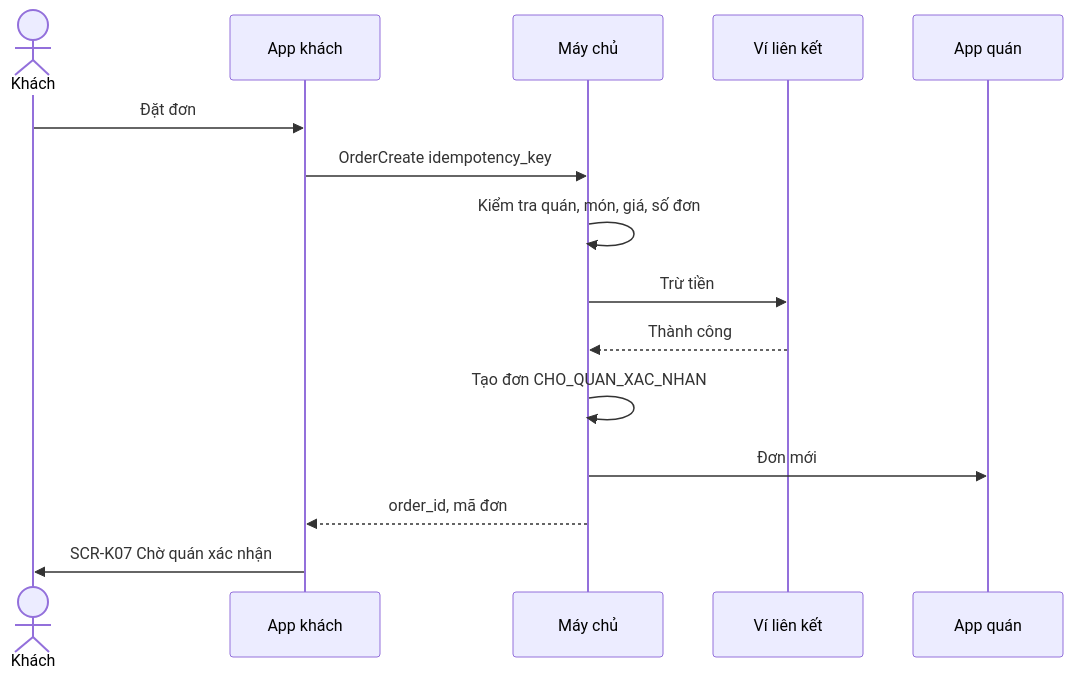
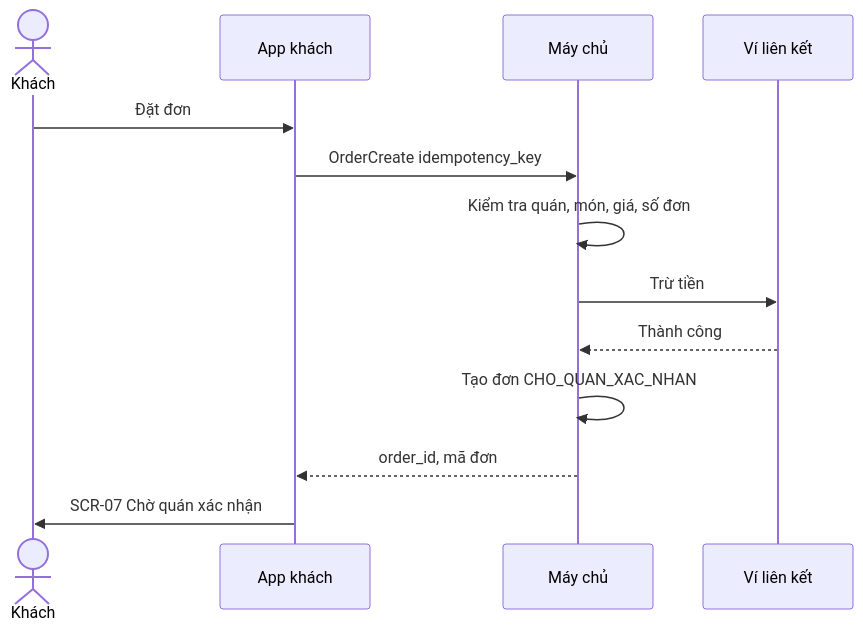
Diagram 13 of 15 in docs/SRS.md (uxfoundation-vn/de06-dat-ship-do-an), drawn with Mermaid before and after one commit. The commit also changed other lines of this file and 2 other files, not shown here.

````diff
--- a/docs/SRS.md
+++ b/docs/SRS.md
@@ -1168,17 +860,15 @@
 ```mermaid
 sequenceDiagram
   actor K as Khách
   participant App as App khách
   participant API as Máy chủ
   participant V as Ví liên kết
-  participant Q as App quán
   K->>App: Đặt đơn
   App->>API: OrderCreate idempotency_key
   API->>API: Kiểm tra quán, món, giá, số đơn
   API->>V: Trừ tiền
   V-->>API: Thành công
   API->>API: Tạo đơn CHO_QUAN_XAC_NHAN
-  API->>Q: Đơn mới
   API-->>App: order_id, mã đơn
-  App->>K: SCR-K07 Chờ quán xác nhận
+  App->>K: SCR-07 Chờ quán xác nhận
 ```
````
